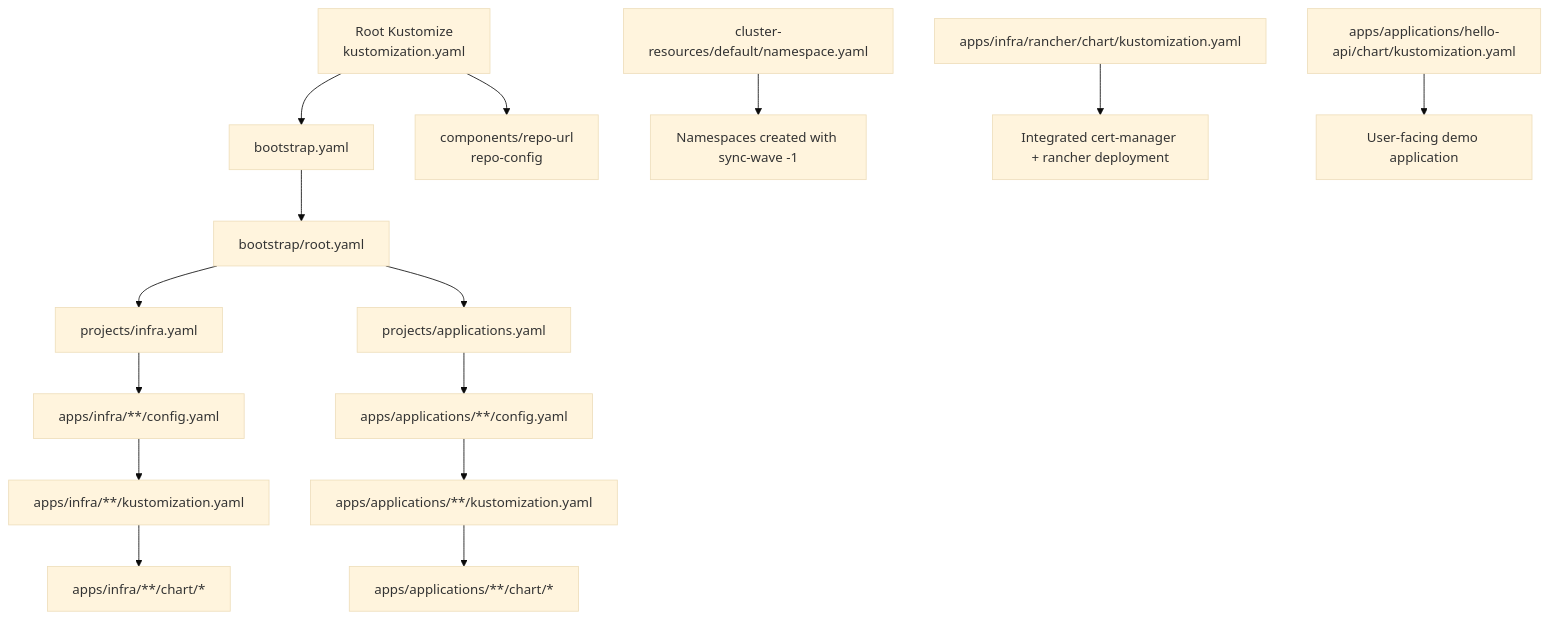
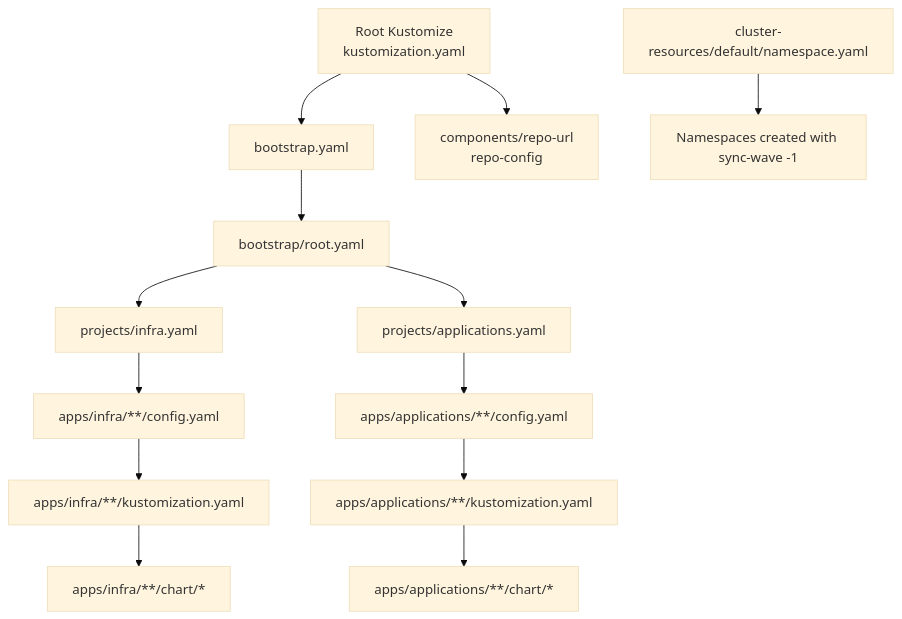
Before and after one commit to Hoangvu75/k8s_manifest: the first of 3 diagrams in .qoder/repowiki/en/content/Application Configuration/Application Structure and Organization.md, drawn with Mermaid (base theme). The commit also changed other lines of this file and 31 other files, not shown here.

````diff
--- a/.qoder/repowiki/en/content/Application Configuration/Application Structure and Organization.md
+++ b/.qoder/repowiki/en/content/Application Configuration/Application Structure and Organization.md
@@ -68,17 +59,15 @@
 ```mermaid
 graph TB
 A["Root Kustomize<br/>kustomization.yaml"] --> B["bootstrap.yaml"]
 A --> C["components/repo-url<br/>repo-config"]
 B --> D["bootstrap/root.yaml"]
 D --> E["projects/infra.yaml"]
 D --> F["projects/applications.yaml"]
 E --> G["apps/infra/**/config.yaml"]
 F --> H["apps/applications/**/config.yaml"]
 G --> I["apps/infra/**/kustomization.yaml"]
 H --> J["apps/applications/**/kustomization.yaml"]
 I --> K["apps/infra/**/chart/*"]
 J --> L["apps/applications/**/chart/*"]
 M["cluster-resources/default/namespace.yaml"] --> N["Namespaces created with sync-wave -1"]
-O["apps/infra/rancher/chart/kustomization.yaml"] --> P["Integrated cert-manager + rancher deployment"]
-Q["apps/applications/hello-api/chart/kustomization.yaml"] --> R["User-facing demo application"]
 ```
````
